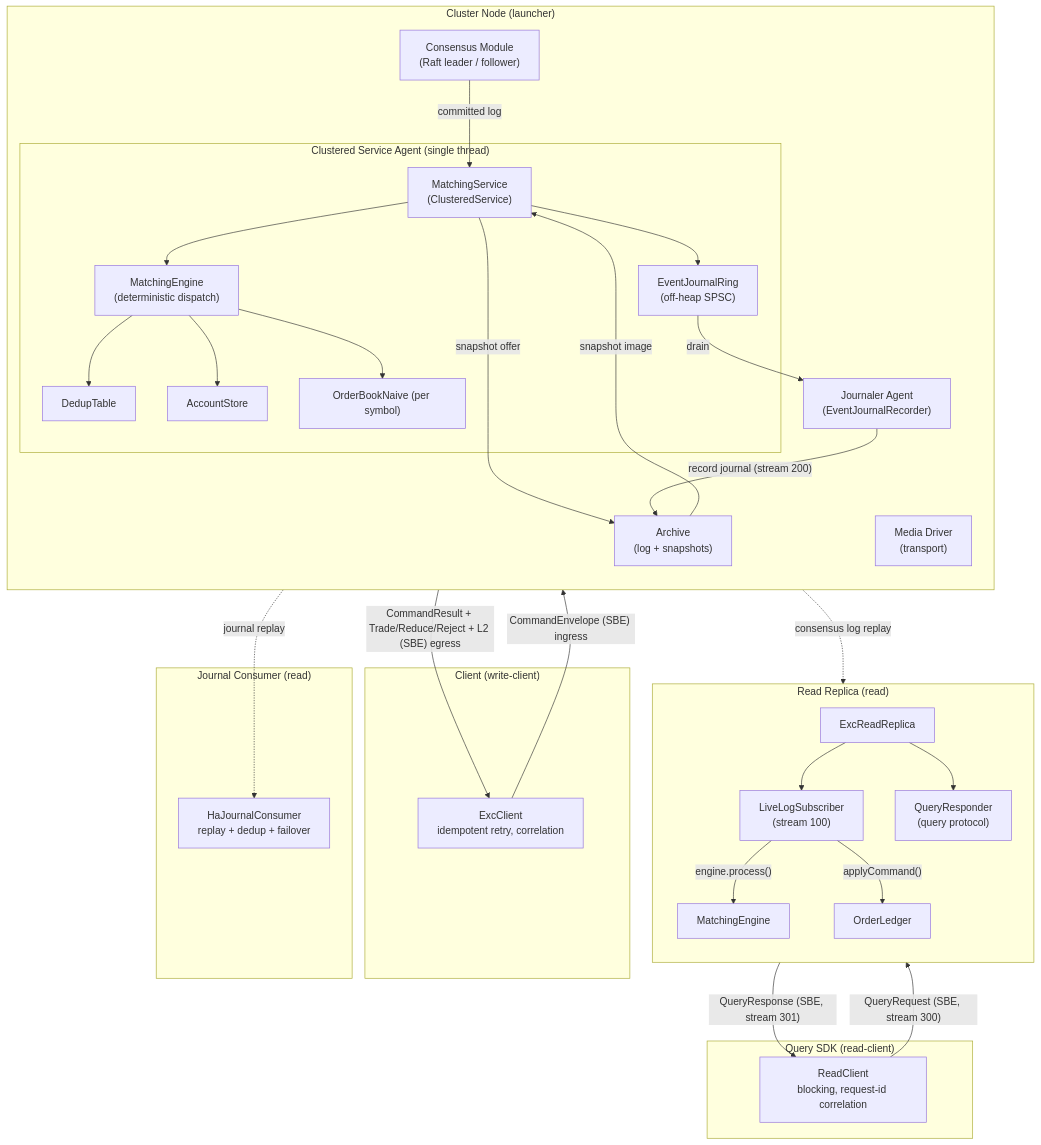
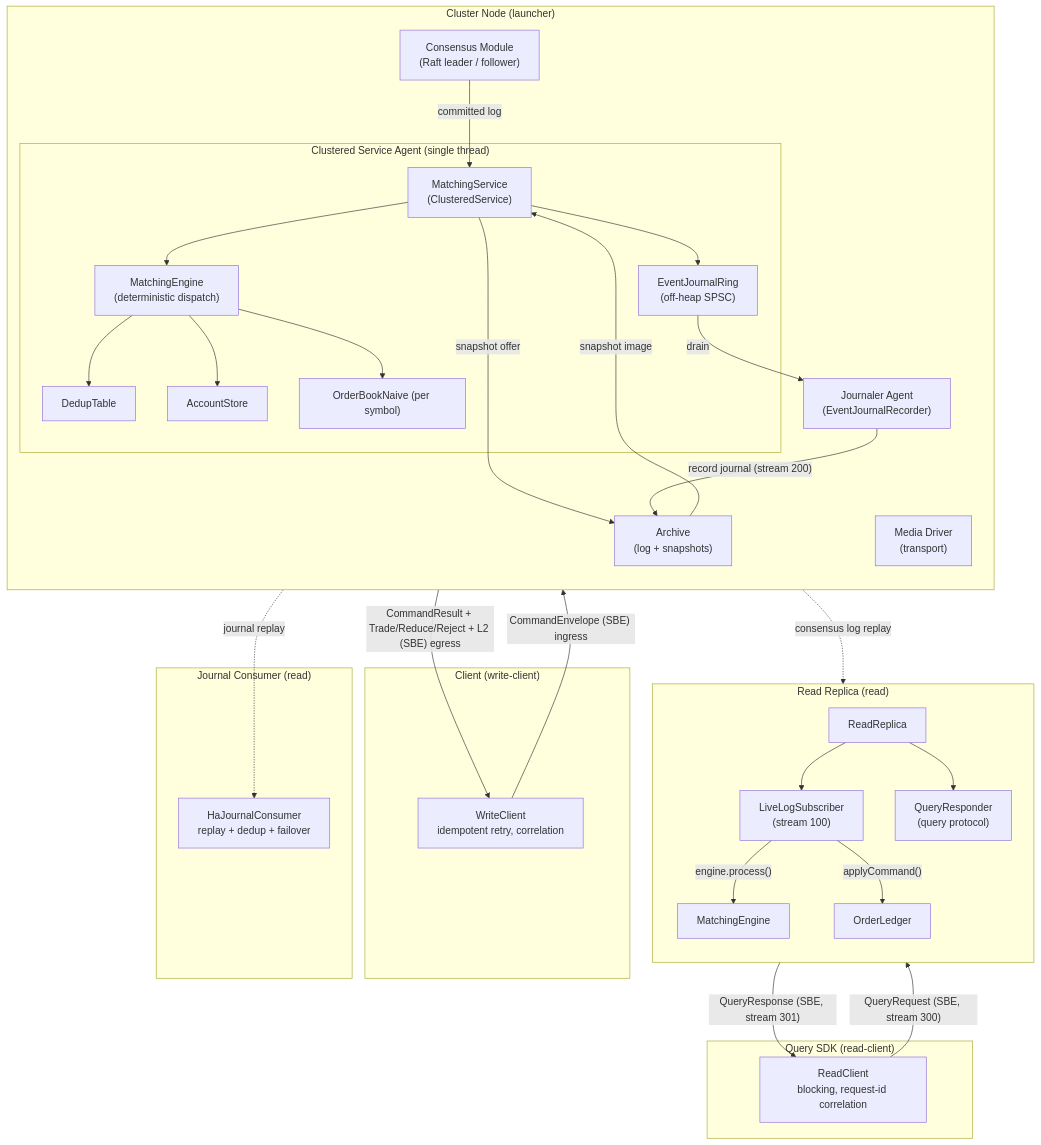
One commit to brianpht/excoredum changed the first of 10 diagrams in docs/ARCHITECTURE.md. Above: the diagram before and after it, drawn with Mermaid. The commit also changed other lines of this file and 60 other files, not shown here.

````diff
--- a/docs/ARCHITECTURE.md
+++ b/docs/ARCHITECTURE.md
@@ -217,60 +217,60 @@
 ```mermaid
 flowchart TB
     subgraph CLIENTSIDE["Client (write-client)"]
-        CLIENT["ExcClient\nidempotent retry, correlation"]
+        CLIENT["WriteClient\nidempotent retry, correlation"]
     end
 
     subgraph NODE["Cluster Node (launcher)"]
         direction TB
         MD["Media Driver\n(transport)"]
         CM["Consensus Module\n(Raft leader / follower)"]
         AR["Archive\n(log + snapshots)"]
         subgraph SC["Clustered Service Agent (single thread)"]
             MS["MatchingService\n(ClusteredService)"]
             ME["MatchingEngine\n(deterministic dispatch)"]
             DT["DedupTable"]
             AC["AccountStore"]
             OB["OrderBookNaive (per symbol)"]
             RING["EventJournalRing\n(off-heap SPSC)"]
             MS --> ME
             ME --> DT
             ME --> AC
             ME --> OB
             MS --> RING
         end
         JR["Journaler Agent\n(EventJournalRecorder)"]
         CM -->|" committed log "| MS
         MS -->|" snapshot offer "| AR
         AR -->|" snapshot image "| MS
         RING -->|" drain "| JR
         JR -->|" record journal (stream 200) "| AR
     end
 
     subgraph JCON["Journal Consumer (read)"]
         HJC["HaJournalConsumer\nreplay + dedup + failover"]
     end
 
     subgraph READ["Read Replica (read)"]
         direction TB
-        RR["ExcReadReplica"]
+        RR["ReadReplica"]
         LLS["LiveLogSubscriber\n(stream 100)"]
         ME2["MatchingEngine"]
         LED["OrderLedger"]
         QR["QueryResponder\n(query protocol)"]
         LLS -->|" engine.process() "| ME2
         LLS -->|" applyCommand() "| LED
         RR --> LLS
         RR --> QR
     end
 
     subgraph READCLIENT["Query SDK (read-client)"]
         RC["ReadClient\nblocking, request-id correlation"]
     end
 
     CLIENT -->|" CommandEnvelope (SBE) ingress "| CM
     MS -->|" CommandResult + Trade/Reduce/Reject + L2 (SBE) egress "| CLIENT
     AR -.->|" consensus log replay "| LLS
     AR -.->|" journal replay "| HJC
     RC -->|" QueryRequest (SBE, stream 300) "| QR
     QR -->|" QueryResponse (SBE, stream 301) "| RC
 ```
````
